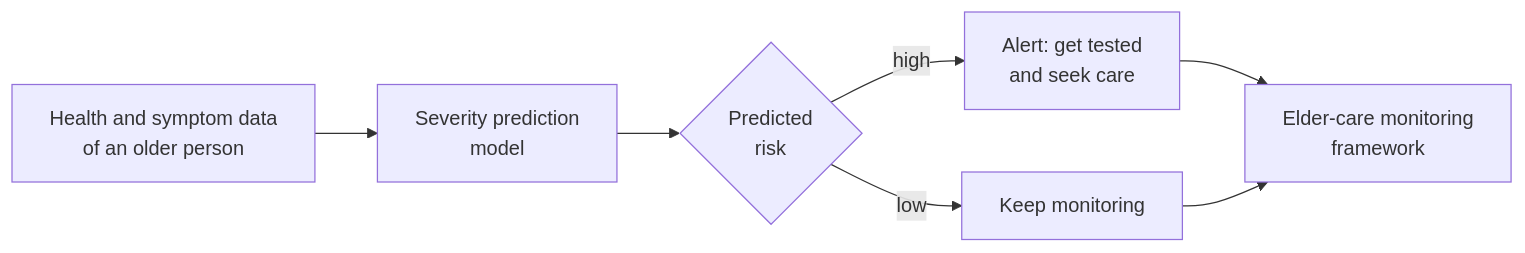
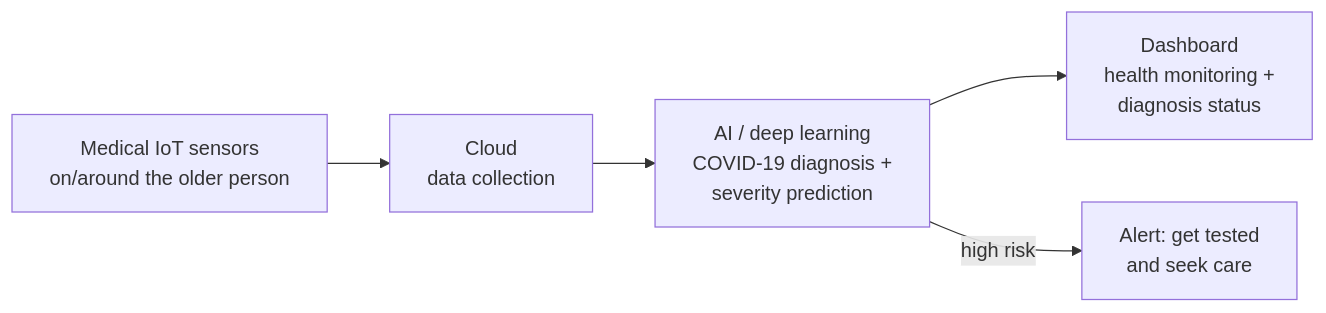
Before and after one commit to tarekFerdous/ElderCareDuringCovid-19: the diagram in README.md, drawn with Mermaid. The commit also changed other lines of this file, not shown here.

````diff
--- a/README.md
+++ b/README.md
@@ -23,9 +26,7 @@
 ```mermaid
 flowchart LR
-    D["Health and symptom data<br/>of an older person"] --> M["Severity prediction<br/>model"]
-    M --> R{"Predicted<br/>risk"}
-    R -- "high" --> A["Alert: get tested<br/>and seek care"]
-    R -- "low" --> W["Keep monitoring"]
-    A --> F["Elder-care monitoring<br/>framework"]
-    W --> F
+    S["Medical IoT sensors<br/>on/around the older person"] --> C["Cloud<br/>data collection"]
+    C --> AI["AI / deep learning<br/>COVID-19 diagnosis +<br/>severity prediction"]
+    AI --> D["Dashboard<br/>health monitoring +<br/>diagnosis status"]
+    AI -- "high risk" --> A["Alert: get tested<br/>and seek care"]
 ```
````
